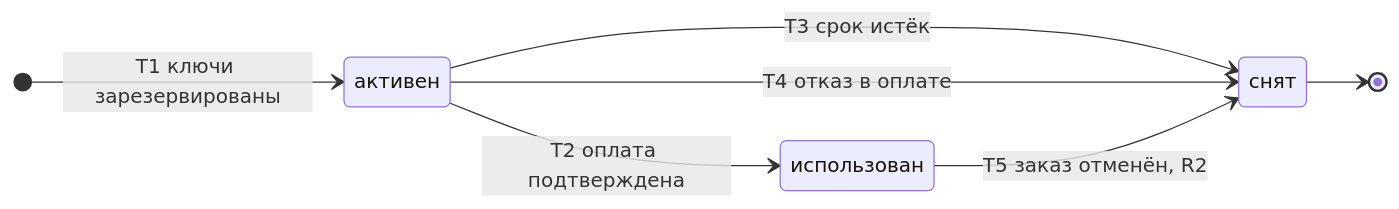
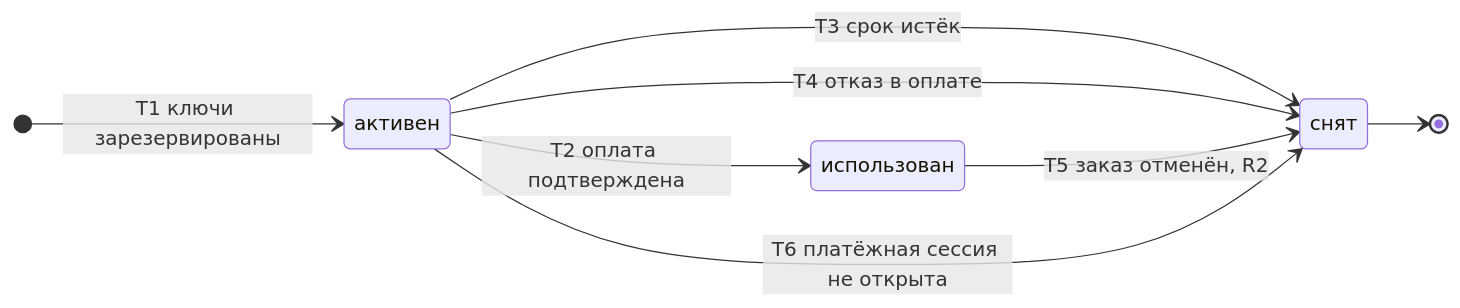
The diagram in docs/03-processes/SM-08-reservation.md (Lapin143/digital-goods-marketplace), drawn with Mermaid before and after one commit. The commit also changed other lines of this file and 4 other files, not shown here.

````diff
--- a/docs/03-processes/SM-08-reservation.md
+++ b/docs/03-processes/SM-08-reservation.md
@@ -24,13 +24,14 @@
 ```mermaid
 stateDiagram-v2
     direction LR
     active: активен
     used: использован
     released: снят
     [*] --> active: T1 ключи зарезервированы
     active --> used: T2 оплата подтверждена
     active --> released: T3 срок истёк
     active --> released: T4 отказ в оплате
     used --> released: T5 заказ отменён, R2
+    active --> released: T6 платёжная сессия не открыта
     released --> [*]
 ```
````
